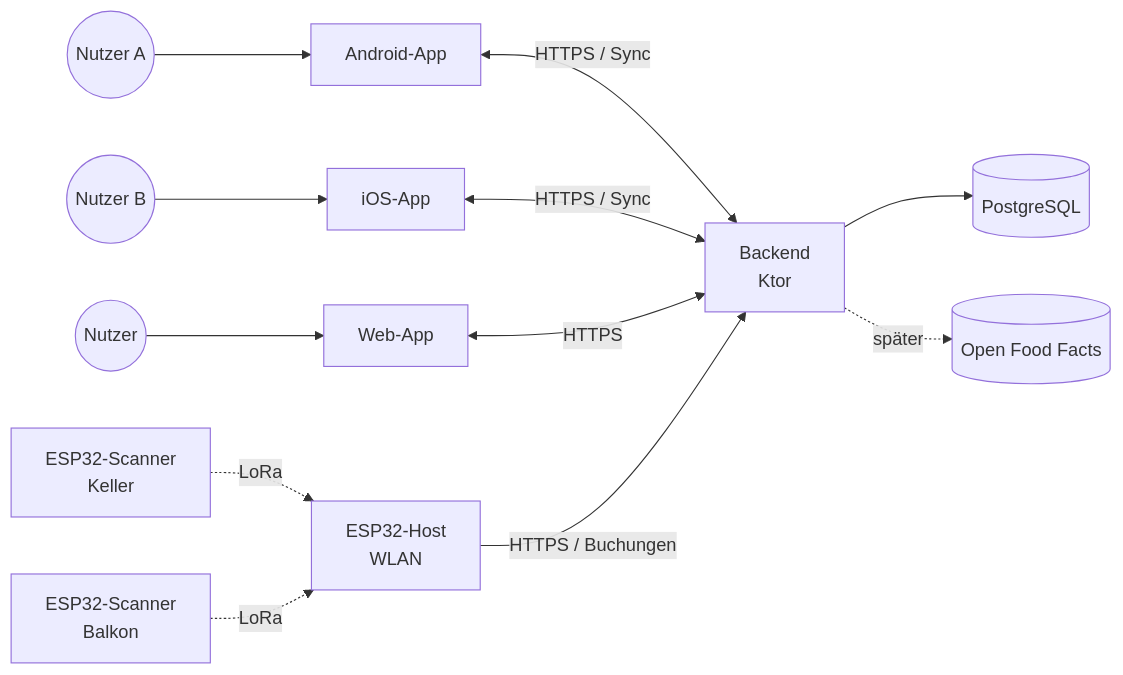
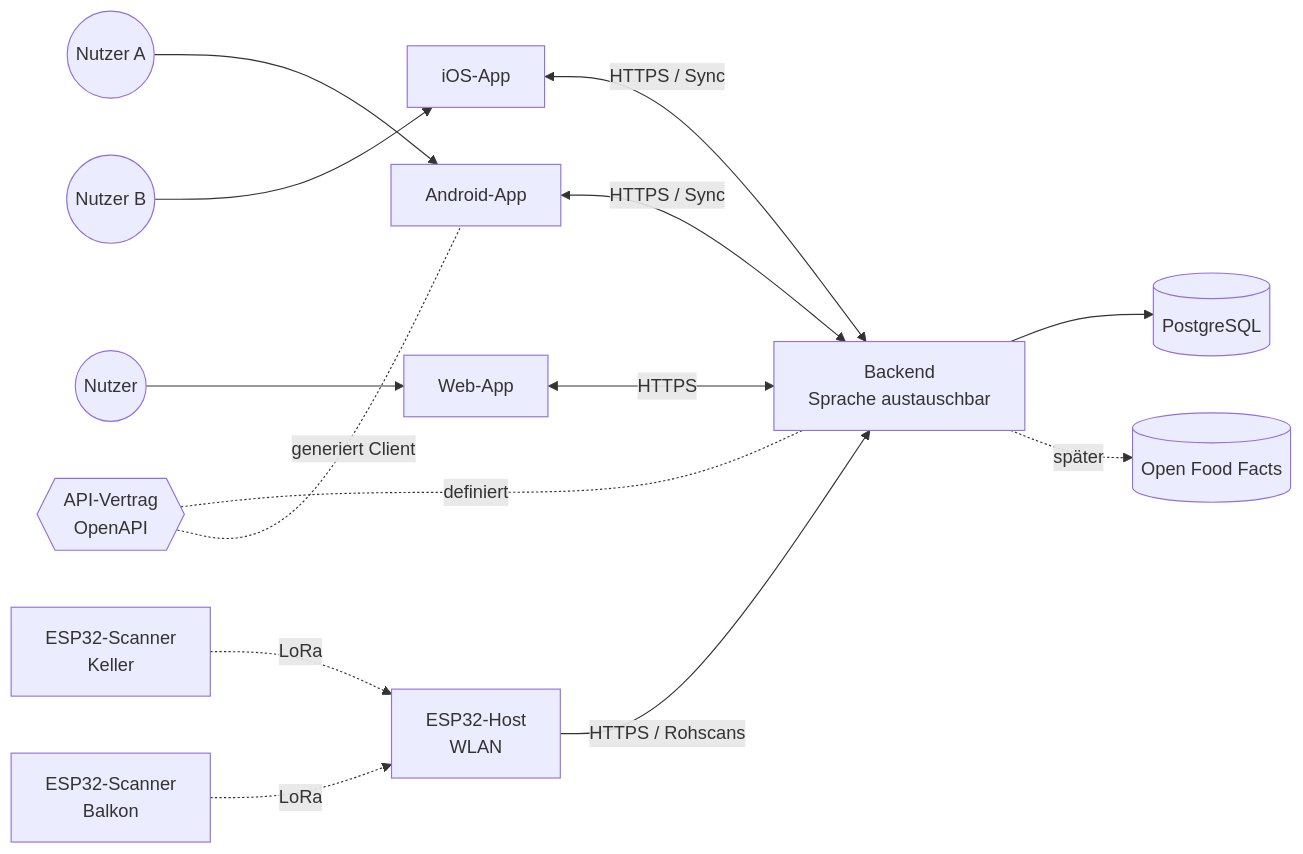
One commit to Moses20/DigitalStorageRoom changed the second of 7 diagrams in docs/architecture.md. Above: the diagram before and after it, drawn with Mermaid. The commit also changed other lines of this file, not shown here.

````diff
--- a/docs/architecture.md
+++ b/docs/architecture.md
@@ -44,14 +43,17 @@
 ```mermaid
 flowchart LR
     N1((Nutzer A)) --> A1[Android-App]
     N2((Nutzer B)) --> A2[iOS-App]
     N3((Nutzer)) --> W[Web-App]
     S1[ESP32-Scanner<br/>Keller] -. LoRa .-> H[ESP32-Host<br/>WLAN]
     S2[ESP32-Scanner<br/>Balkon] -. LoRa .-> H
-    A1 <-- HTTPS / Sync --> B[Backend<br/>Ktor]
+    C{{API-Vertrag<br/>OpenAPI}}
+    A1 <-- HTTPS / Sync --> B[Backend<br/>Sprache austauschbar]
     A2 <-- HTTPS / Sync --> B
     W <-- HTTPS --> B
-    H -- HTTPS / Buchungen --> B
+    H -- HTTPS / Rohscans --> B
     B --> PG[(PostgreSQL)]
+    C -. definiert .- B
+    C -. generiert Client .- A1
     B -. später .-> OFF[(Open Food Facts)]
 ```
````
